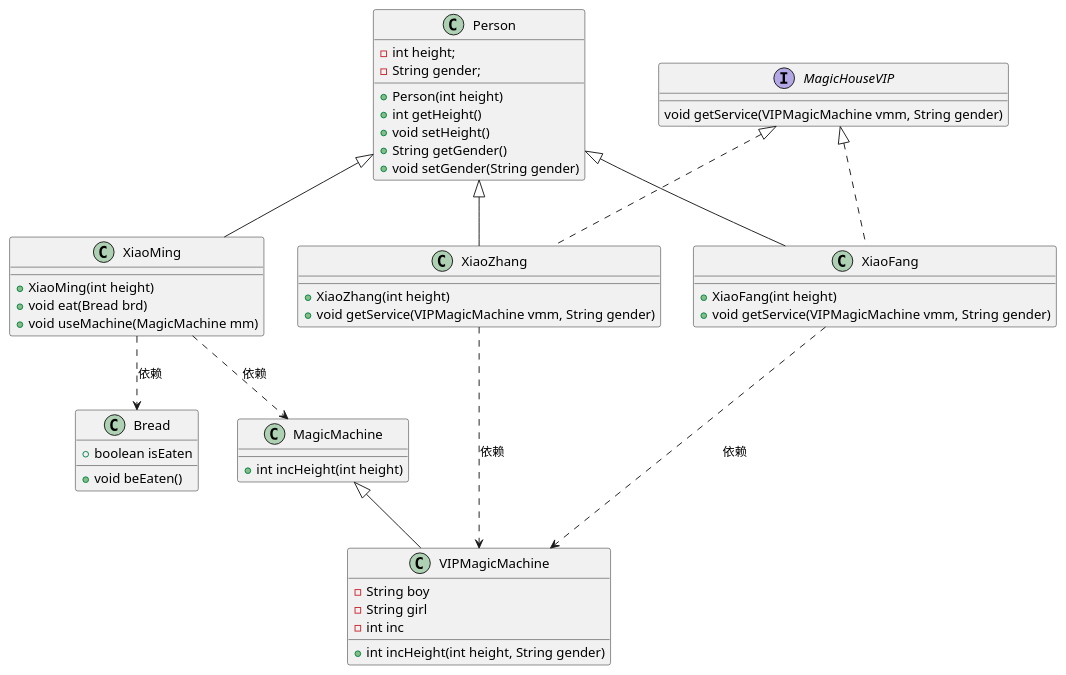
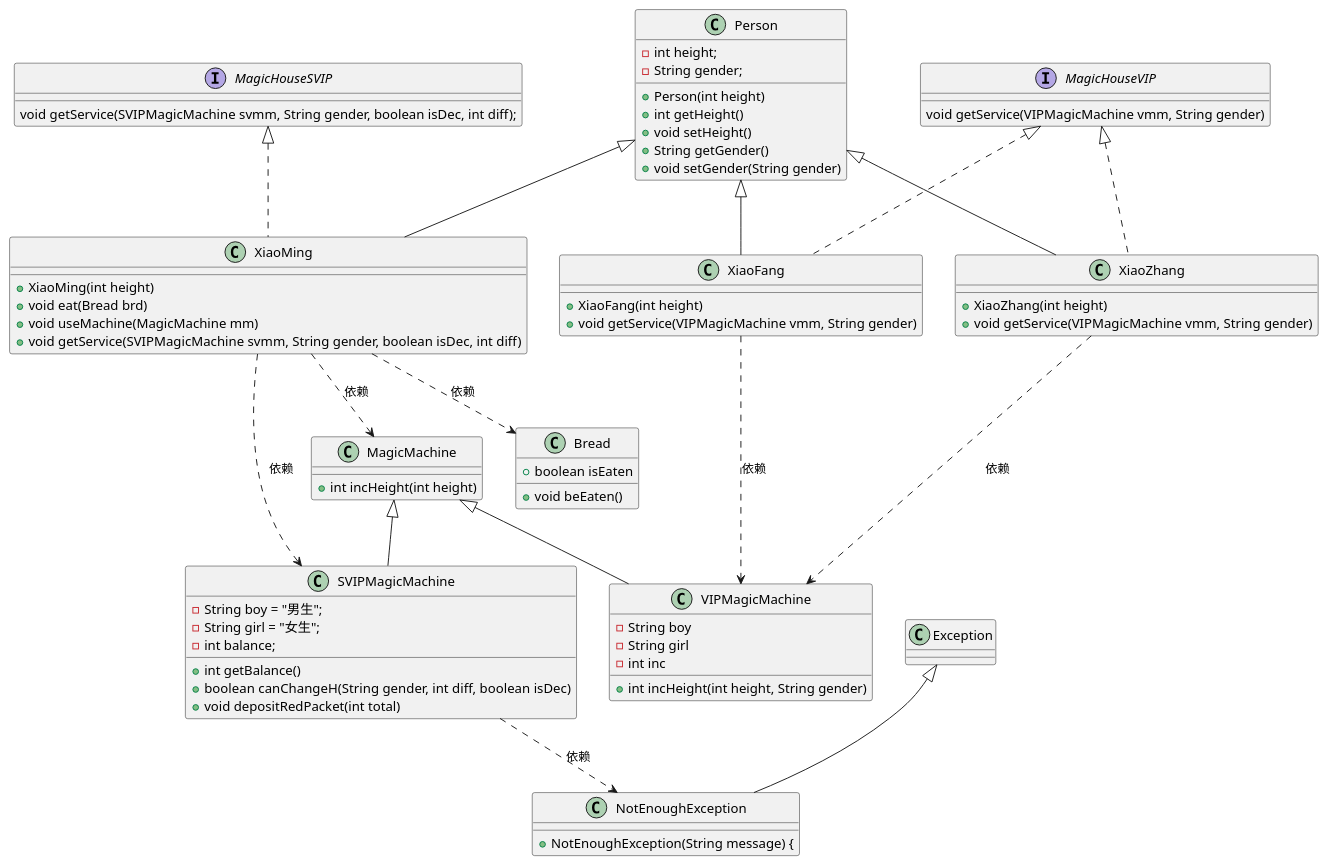
The diagram in Java_homework/src/ch006/ch06_.puml (PNmiracle/00_UnderGraduate-Code), drawn with PlantUML before and after one commit. The commit also changed 7 other files, not shown here.

```diff
--- a/Java_homework/src/ch006/ch06_.puml
+++ b/Java_homework/src/ch006/ch06_.puml
@@ -1,51 +1,73 @@
 @startuml
 'https://plantuml.com/class-diagram
 class Bread {
     + boolean isEaten
     + void beEaten()
 }
 Interface MagicHouseVIP{
     void getService(VIPMagicMachine vmm, String gender)
+}
+Interface MagicHouseSVIP {
+    void getService(SVIPMagicMachine svmm, String gender, boolean isDec, int diff);
 }
 class MagicMachine {
     + int incHeight(int height)
 }
 class VIPMagicMachine extends MagicMachine{
     - String boy
     - String girl
     - int inc
 
     + int incHeight(int height, String gender)
 }
+class SVIPMagicMachine extends MagicMachine {
+    - String boy = "男生";
+    - String girl = "女生";
+    - int balance;
+    + int getBalance()
+    + boolean canChangeH(String gender, int diff, boolean isDec)
+    + void depositRedPacket(int total)
+ }
 
 class Person {
      - int height;
      - String gender;
      + Person(int height)
      + int getHeight()
      + void setHeight()
      + String getGender()
      + void setGender(String gender)
 }
-class XiaoMing extends Person {
+class XiaoMing extends Person implements MagicHouseSVIP {
     + XiaoMing(int height)
     + void eat(Bread brd)
     + void useMachine(MagicMachine mm)
+    + void getService(SVIPMagicMachine svmm, String gender, boolean isDec, int diff)
+
+
 }
 
 class XiaoFang extends Person implements MagicHouseVIP{
     + XiaoFang(int height)
     + void getService(VIPMagicMachine vmm, String gender)
 }
 class XiaoZhang extends Person implements MagicHouseVIP{
     + XiaoZhang(int height)
     + void getService(VIPMagicMachine vmm, String gender)
 }
 
+'class NoSuchGenderException extends Exception
+class NotEnoughException extends Exception{
+    + NotEnoughException(String message) {
+
+}
+
 XiaoMing ..> Bread : 依赖
 XiaoMing ..> MagicMachine: 依赖
+XiaoMing ..> SVIPMagicMachine: 依赖
 XiaoZhang ..> VIPMagicMachine: 依赖
 XiaoFang ..> VIPMagicMachine: 依赖
+SVIPMagicMachine ..> NotEnoughException: 依赖
 
 
 @enduml
```
